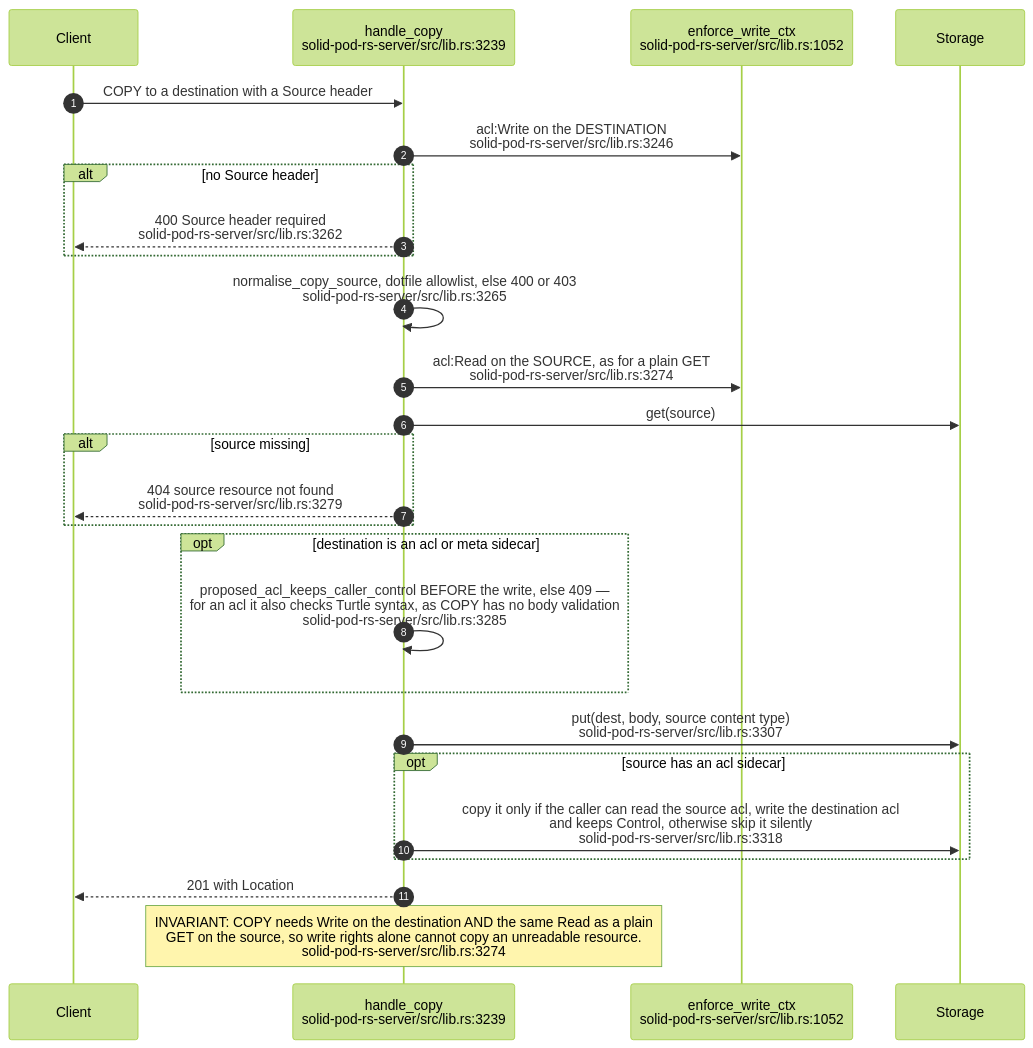
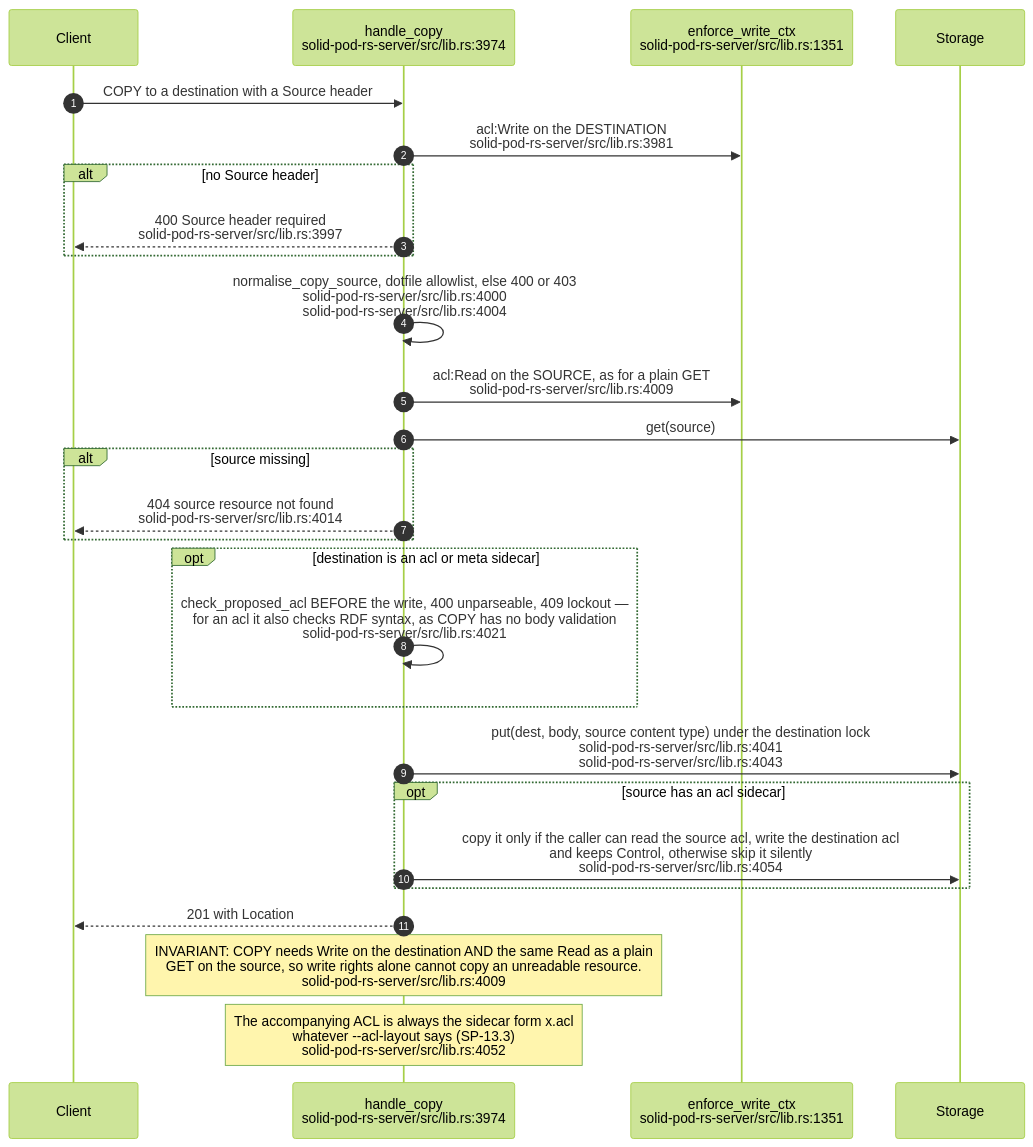
The tenth of 14 diagrams in docs/diagrams/solid-pod-rs/03-ldp-request-lifecycle.md (DreamLab-AI/VisionFlow), drawn with Mermaid (forest theme) before and after one commit. The commit also changed other lines of this file and 1 other file, not shown here.

First line of the commit message:
docs(diagrams): SP-03, SP-13 re-verified at solid-pod-rs a28a748

````diff
--- a/docs/diagrams/solid-pod-rs/03-ldp-request-lifecycle.md
+++ b/docs/diagrams/solid-pod-rs/03-ldp-request-lifecycle.md
@@ -236,29 +309,30 @@
 ```mermaid
 sequenceDiagram
     autonumber
     participant C as Client
-    participant H as handle_copy<br/>solid-pod-rs-server/src/lib.rs:3239
-    participant W as enforce_write_ctx<br/>solid-pod-rs-server/src/lib.rs:1052
+    participant H as handle_copy<br/>solid-pod-rs-server/src/lib.rs:3974
+    participant W as enforce_write_ctx<br/>solid-pod-rs-server/src/lib.rs:1351
     participant S as Storage
 
     C->>H: COPY to a destination with a Source header
-    H->>W: acl:Write on the DESTINATION<br/>solid-pod-rs-server/src/lib.rs:3246
+    H->>W: acl:Write on the DESTINATION<br/>solid-pod-rs-server/src/lib.rs:3981
     alt no Source header
-        H-->>C: 400 Source header required<br/>solid-pod-rs-server/src/lib.rs:3262
+        H-->>C: 400 Source header required<br/>solid-pod-rs-server/src/lib.rs:3997
     end
-    H->>H: normalise_copy_source, dotfile allowlist, else 400 or 403<br/>solid-pod-rs-server/src/lib.rs:3265
-    H->>W: acl:Read on the SOURCE, as for a plain GET<br/>solid-pod-rs-server/src/lib.rs:3274
+    H->>H: normalise_copy_source, dotfile allowlist, else 400 or 403<br/>solid-pod-rs-server/src/lib.rs:4000<br/>solid-pod-rs-server/src/lib.rs:4004
+    H->>W: acl:Read on the SOURCE, as for a plain GET<br/>solid-pod-rs-server/src/lib.rs:4009
     H->>S: get(source)
     alt source missing
-        H-->>C: 404 source resource not found<br/>solid-pod-rs-server/src/lib.rs:3279
+        H-->>C: 404 source resource not found<br/>solid-pod-rs-server/src/lib.rs:4014
     end
     opt destination is an acl or meta sidecar
-        H->>H: proposed_acl_keeps_caller_control BEFORE the write, else 409 —<br/>for an acl it also checks Turtle syntax, as COPY has no body validation<br/>solid-pod-rs-server/src/lib.rs:3285
+        H->>H: check_proposed_acl BEFORE the write, 400 unparseable, 409 lockout —<br/>for an acl it also checks RDF syntax, as COPY has no body validation<br/>solid-pod-rs-server/src/lib.rs:4021
     end
-    H->>S: put(dest, body, source content type)<br/>solid-pod-rs-server/src/lib.rs:3307
+    H->>S: put(dest, body, source content type) under the destination lock<br/>solid-pod-rs-server/src/lib.rs:4041<br/>solid-pod-rs-server/src/lib.rs:4043
     opt source has an acl sidecar
-        H->>S: copy it only if the caller can read the source acl, write the destination acl<br/>and keeps Control, otherwise skip it silently<br/>solid-pod-rs-server/src/lib.rs:3318
+        H->>S: copy it only if the caller can read the source acl, write the destination acl<br/>and keeps Control, otherwise skip it silently<br/>solid-pod-rs-server/src/lib.rs:4054
     end
     H-->>C: 201 with Location
-    Note over H: INVARIANT: COPY needs Write on the destination AND the same Read as a plain<br/>GET on the source, so write rights alone cannot copy an unreadable resource.<br/>solid-pod-rs-server/src/lib.rs:3274
+    Note over H: INVARIANT: COPY needs Write on the destination AND the same Read as a plain<br/>GET on the source, so write rights alone cannot copy an unreadable resource.<br/>solid-pod-rs-server/src/lib.rs:4009
+    Note over H: The accompanying ACL is always the sidecar form x.acl<br/>whatever --acl-layout says (SP-13.3)<br/>solid-pod-rs-server/src/lib.rs:4052
 ```
````
